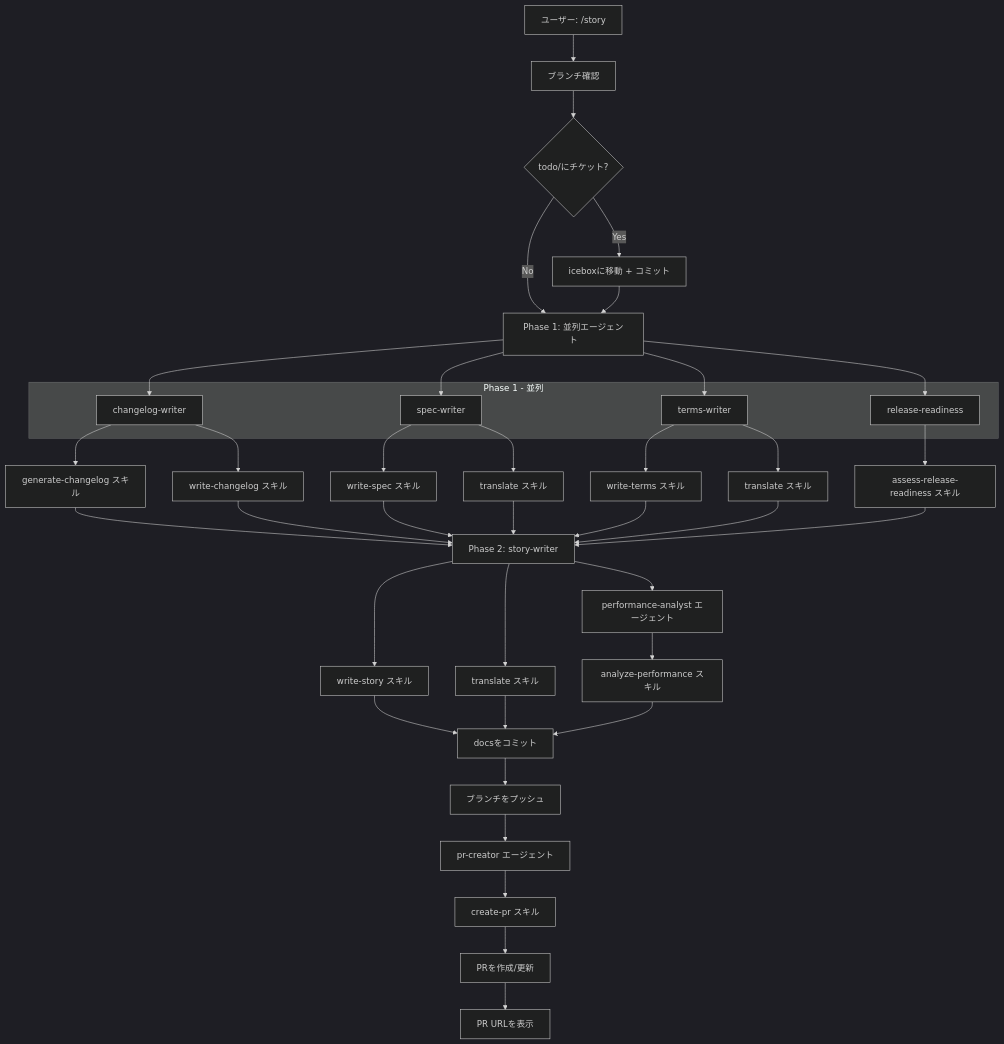
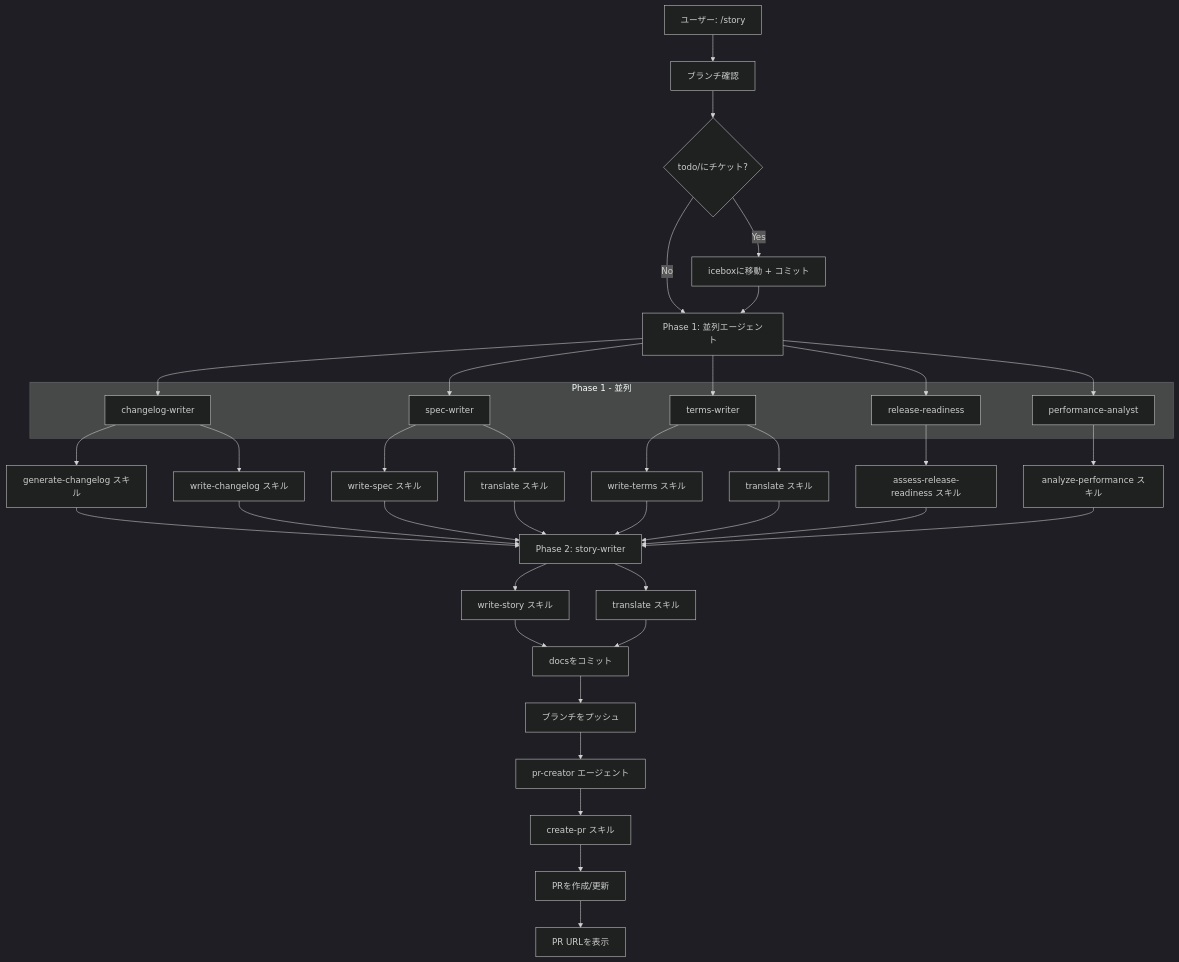
The third of 3 diagrams in .workaholic/specs/command-flows_ja.md (qmu/workaholic), drawn with Mermaid (dark theme) before and after one commit. The commit also changed other lines of this file and 6 other files, not shown here.

First line of the commit message:
Move performance-analyst to Phase 1 parallel execution

````diff
--- a/.workaholic/specs/command-flows_ja.md
+++ b/.workaholic/specs/command-flows_ja.md
@@ -115,39 +115,39 @@
 ```mermaid
 flowchart TD
     A[ユーザー: /story] --> B[ブランチ確認]
     B --> C{todo/にチケット?}
     C -->|Yes| D[iceboxに移動 + コミット]
     C -->|No| E[Phase 1: 並列エージェント]
     D --> E
 
     subgraph Phase1[Phase 1 - 並列]
         F[changelog-writer]
         G[spec-writer]
         H[terms-writer]
         I[release-readiness]
+        PA[performance-analyst]
     end
 
-    E --> F & G & H & I
+    E --> F & G & H & I & PA
 
     F --> F1[generate-changelog スキル]
     F --> F2[write-changelog スキル]
     G --> G1[write-spec スキル]
     G --> G2[translate スキル]
     H --> H1[write-terms スキル]
     H --> H2[translate スキル]
     I --> I1[assess-release-readiness スキル]
+    PA --> PA1[analyze-performance スキル]
 
-    F1 & F2 & G1 & G2 & H1 & H2 & I1 --> J[Phase 2: story-writer]
+    F1 & F2 & G1 & G2 & H1 & H2 & I1 & PA1 --> J[Phase 2: story-writer]
 
     J --> J1[write-story スキル]
     J --> J2[translate スキル]
-    J --> J3[performance-analyst エージェント]
-    J3 --> J4[analyze-performance スキル]
 
-    J1 & J2 & J4 --> K[docsをコミット]
+    J1 & J2 --> K[docsをコミット]
     K --> L[ブランチをプッシュ]
     L --> M[pr-creator エージェント]
     M --> M1[create-pr スキル]
     M1 --> N[PRを作成/更新]
     N --> O[PR URLを表示]
 ```
````
